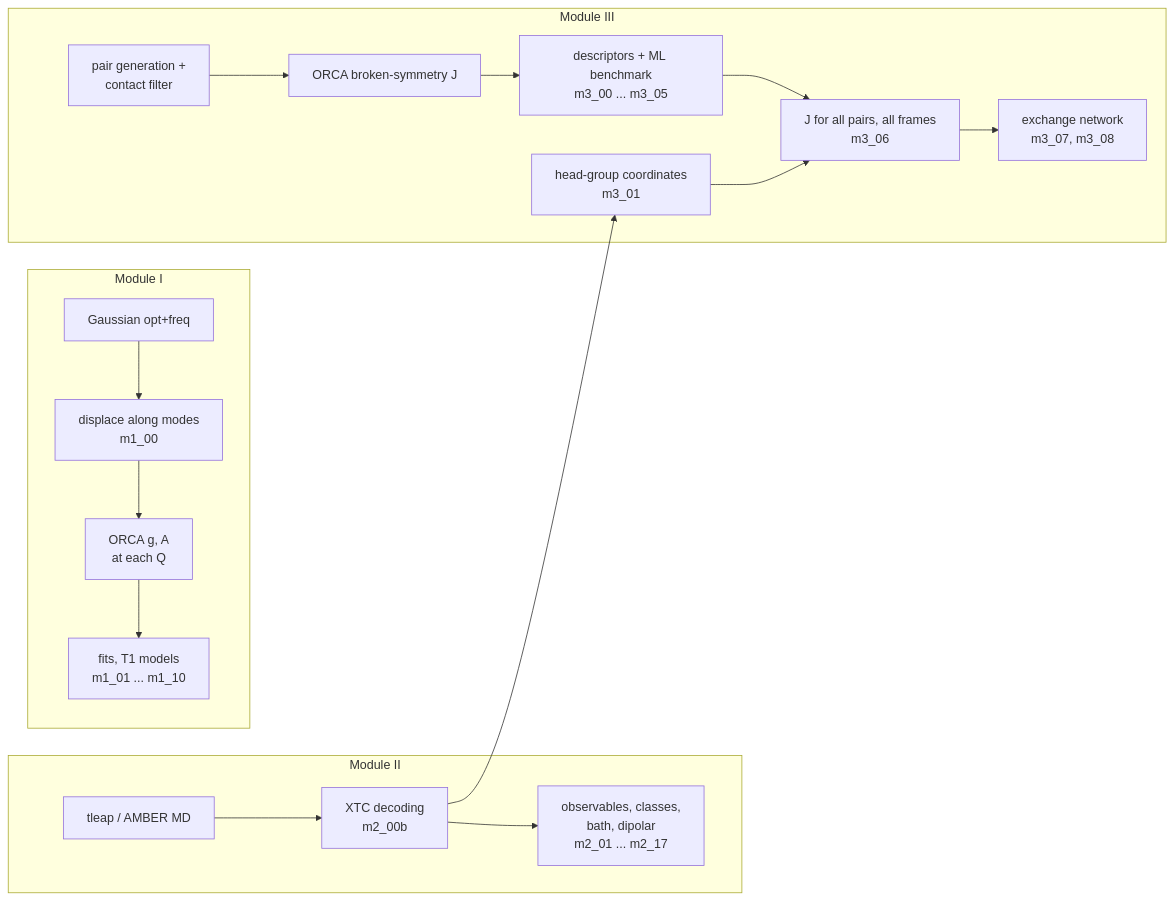
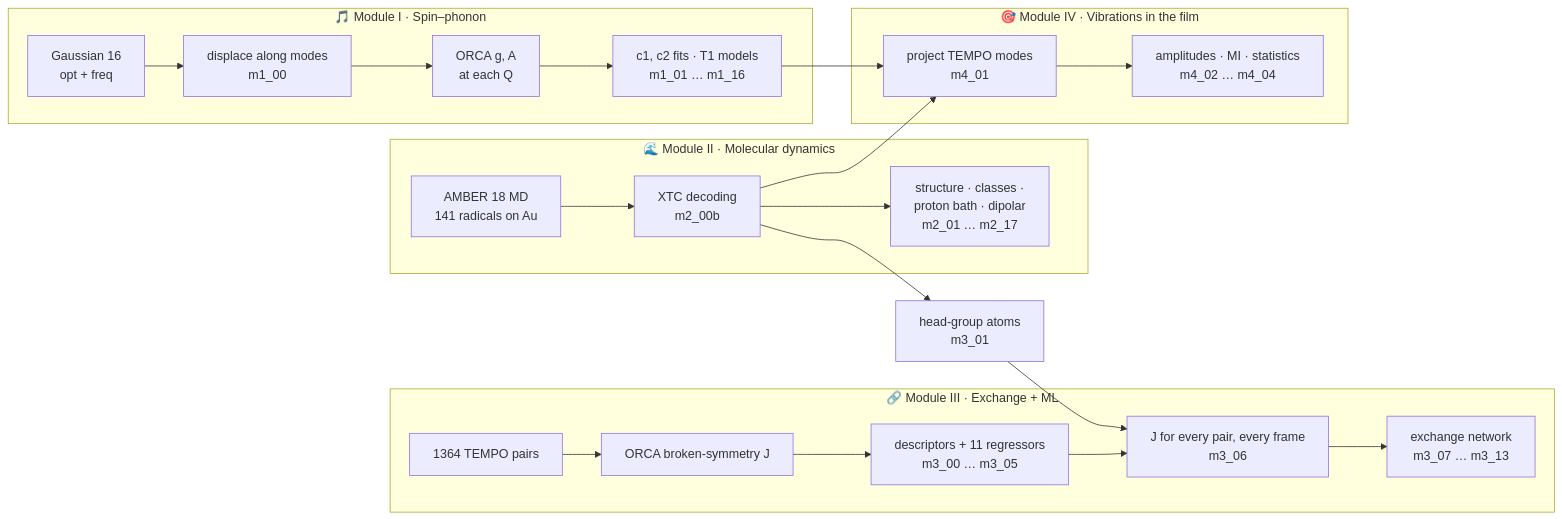
The diagram in README.md (compchemsk/Noise_In_Qubits), drawn with Mermaid before and after one commit. The commit also changed other lines of this file, not shown here.

First line of the commit message:
Revise README for project overview and instructions

````diff
--- a/README.md
+++ b/README.md
@@ -19,19 +40,24 @@
 ```mermaid
 flowchart LR
-  subgraph I[Module I]
-    A1[Gaussian opt+freq] --> A2[displace along modes<br/>m1_00]
-    A2 --> A3[ORCA g, A<br/>at each Q]
-    A3 --> A4[fits, T1 models<br/>m1_01 ... m1_10]
+  subgraph I["🎵 Module I · Spin–phonon"]
+    A1["Gaussian 16<br/>opt + freq"] --> A2["displace along modes<br/>m1_00"]
+    A2 --> A3["ORCA g, A<br/>at each Q"]
+    A3 --> A4["c1, c2 fits · T1 models<br/>m1_01 … m1_16"]
   end
-  subgraph II[Module II]
-    B1[tleap / AMBER MD] --> B2[XTC decoding<br/>m2_00b]
-    B2 --> B3[observables, classes,<br/>bath, dipolar<br/>m2_01 ... m2_17]
+  subgraph II["🌊 Module II · Molecular dynamics"]
+    B1["AMBER 18 MD<br/>141 radicals on Au"] --> B2["XTC decoding<br/>m2_00b"]
+    B2 --> B3["structure · classes ·<br/>proton bath · dipolar<br/>m2_01 … m2_17"]
   end
-  subgraph III[Module III]
-    C1[pair generation +<br/>contact filter] --> C2[ORCA broken-symmetry J]
-    C2 --> C3[descriptors + ML benchmark<br/>m3_00 ... m3_05]
-    B2 --> C4[head-group coordinates<br/>m3_01]
-    C3 --> C5[J for all pairs, all frames<br/>m3_06]
-    C4 --> C5 --> C6[exchange network<br/>m3_07, m3_08]
+  subgraph III["🔗 Module III · Exchange + ML"]
+    C1["1364 TEMPO pairs"] --> C2["ORCA broken-symmetry J"]
+    C2 --> C3["descriptors + 11 regressors<br/>m3_00 … m3_05"]
+    C3 --> C5["J for every pair, every frame<br/>m3_06"]
+    C5 --> C6["exchange network<br/>m3_07 … m3_13"]
   end
+  subgraph IV["🎯 Module IV · Vibrations in the film"]
+    D1["project TEMPO modes<br/>m4_01"] --> D2["amplitudes · MI · statistics<br/>m4_02 … m4_04"]
+  end
+  B2 --> C4["head-group atoms<br/>m3_01"] --> C5
+  A4 --> D1
+  B2 --> D1
 ```
````
